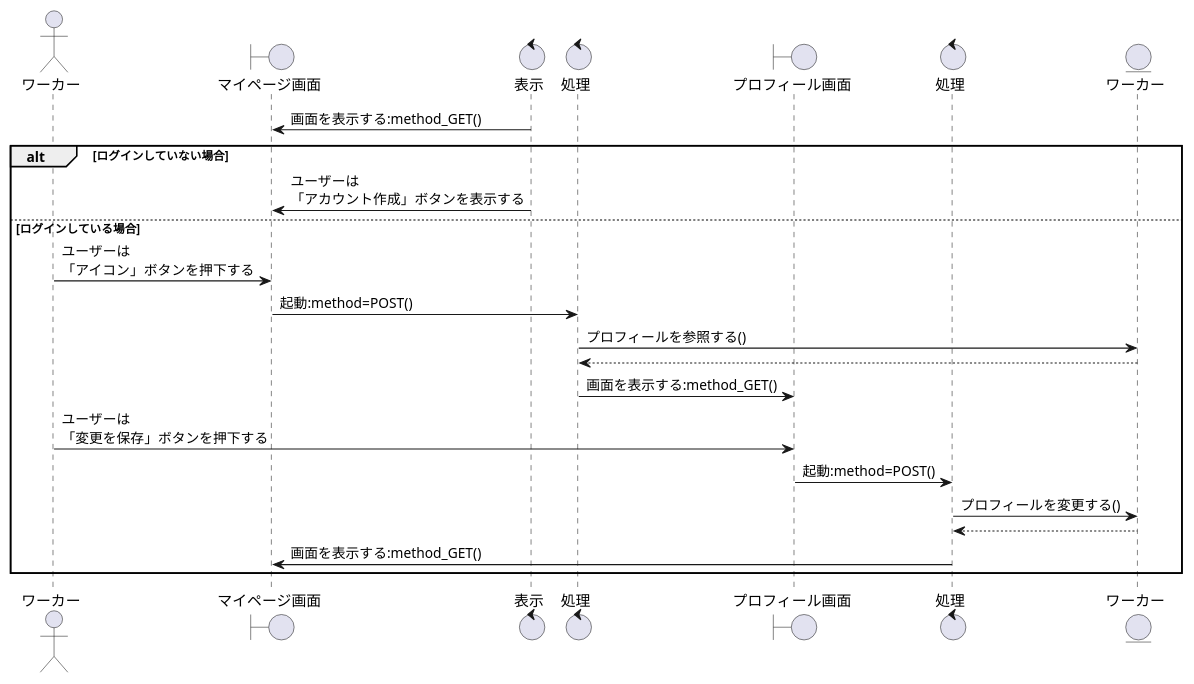
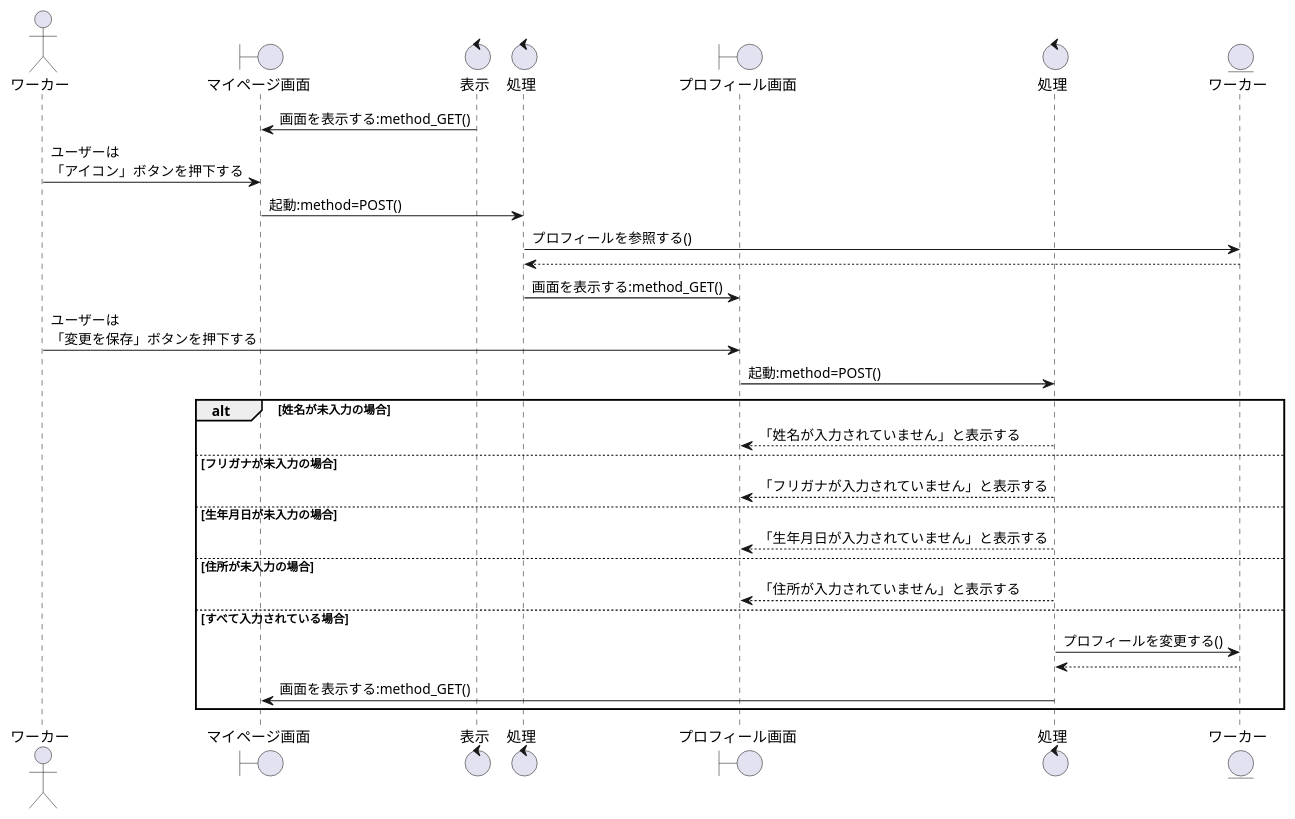
The diagram in sequence_fig/7_acconts_fn/01_プロフィールの編集をする.pu (irukacb256/high_Me), drawn with PlantUML before and after one commit. The commit also changed 13 other files, not shown here.

```diff
--- a/sequence_fig/7_acconts_fn/01_プロフィールの編集をする.pu
+++ b/sequence_fig/7_acconts_fn/01_プロフィールの編集をする.pu
@@ -1,33 +1,46 @@
 @startuml プロフィールの編集をする
 
 ' 1
 actor ワーカー as wo1
 
 boundary マイページ画面 as bo1
 control 表示 as co1
 control 処理 as co2
 boundary プロフィール画面 as bo2
 
 control 処理 as co3
 
 entity ワーカー as ac1
 
 co1 -> bo1 : 画面を表示する:method_GET()
 
-alt ログインしていない場合
-    co1 -> bo1:ユーザーは\n「アカウント作成」ボタンを表示する
+wo1 -> bo1:ユーザーは\n「アイコン」ボタンを押下する
+bo1 -> co2:起動:method=POST()
+co2 -> ac1:プロフィールを参照する()
+ac1 --> co2
+co2 -> bo2:画面を表示する:method_GET()
+wo1 -> bo2:ユーザーは\n「変更を保存」ボタンを押下する
+bo2 -> co3:起動:method=POST()
 
-else ログインしている場合
-    wo1 -> bo1:ユーザーは\n「アイコン」ボタンを押下する
-    bo1 -> co2:起動:method=POST()
-    co2 -> ac1:プロフィールを参照する()
-    ac1 --> co2
-    co2 -> bo2:画面を表示する:method_GET()
-    wo1 -> bo2:ユーザーは\n「変更を保存」ボタンを押下する
-    bo2 -> co3:起動:method=POST()
+alt 姓名が未入力の場合
+    bo2 <-- co3 :「姓名が入力されていません」と表示する
+
+    else フリガナが未入力の場合
+    bo2 <-- co3 :「フリガナが入力されていません」と表示する
+
+    else 生年月日が未入力の場合
+    bo2 <-- co3 :「生年月日が入力されていません」と表示する
+
+    else 住所が未入力の場合
+    bo2 <-- co3 :「住所が入力されていません」と表示する
+    
+
+    else すべて入力されている場合
     co3 -> ac1 : プロフィールを変更する()
     co3 <-- ac1
     co3 -> bo1:画面を表示する:method_GET()
+
 end
 
+
 @enduml
```
